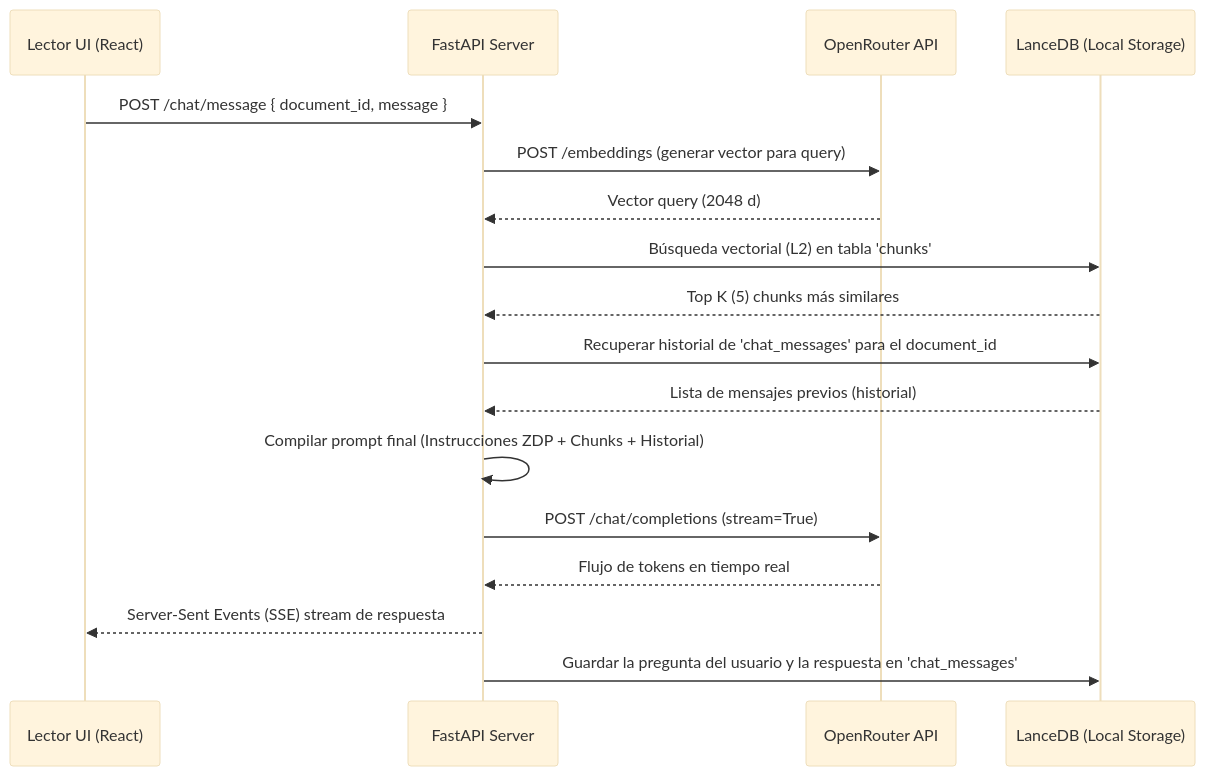
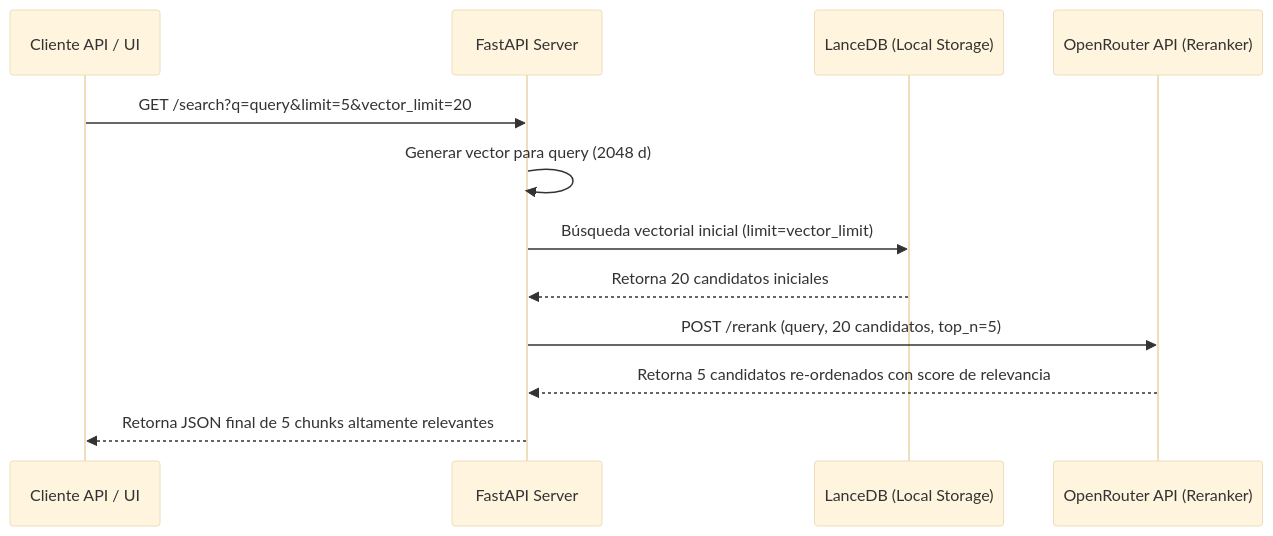
Before and after one commit to marcorepetto/leyemdo: the diagram in specs/integracion-llm-zdp/spec.md, drawn with Mermaid (base theme). The commit also changed other lines of this file, not shown here.

Commit message:
docs(spec4): update specification with OpenRouter Reranking details

````diff
--- a/specs/integracion-llm-zdp/spec.md
+++ b/specs/integracion-llm-zdp/spec.md
@@ -69,20 +58,15 @@
 ```mermaid
 sequenceDiagram
-    participant UI as Lector UI (React)
+    participant UI as Cliente API / UI
     participant API as FastAPI Server
-    participant OR as OpenRouter API
     participant DB as LanceDB (Local Storage)
+    participant OR as OpenRouter API (Reranker)
 
-    UI->>API: POST /chat/message { document_id, message }
-    API->>OR: POST /embeddings (generar vector para query)
-    OR-->>API: Vector query (2048 d)
-    API->>DB: Búsqueda vectorial (L2) en tabla 'chunks'
-    DB-->>API: Top K (5) chunks más similares
-    API->>DB: Recuperar historial de 'chat_messages' para el document_id
-    DB-->>API: Lista de mensajes previos (historial)
-    API->>API: Compilar prompt final (Instrucciones ZDP + Chunks + Historial)
-    API->>OR: POST /chat/completions (stream=True)
-    OR-->>API: Flujo de tokens en tiempo real
-    API-->>UI: Server-Sent Events (SSE) stream de respuesta
-    API->>DB: Guardar la pregunta del usuario y la respuesta en 'chat_messages'
+    UI->>API: GET /search?q=query&limit=5&vector_limit=20
+    API->>API: Generar vector para query (2048 d)
+    API->>DB: Búsqueda vectorial inicial (limit=vector_limit)
+    DB-->>API: Retorna 20 candidatos iniciales
+    API->>OR: POST /rerank (query, 20 candidatos, top_n=5)
+    OR-->>API: Retorna 5 candidatos re-ordenados con score de relevancia
+    API-->>UI: Retorna JSON final de 5 chunks altamente relevantes
 ```
````
